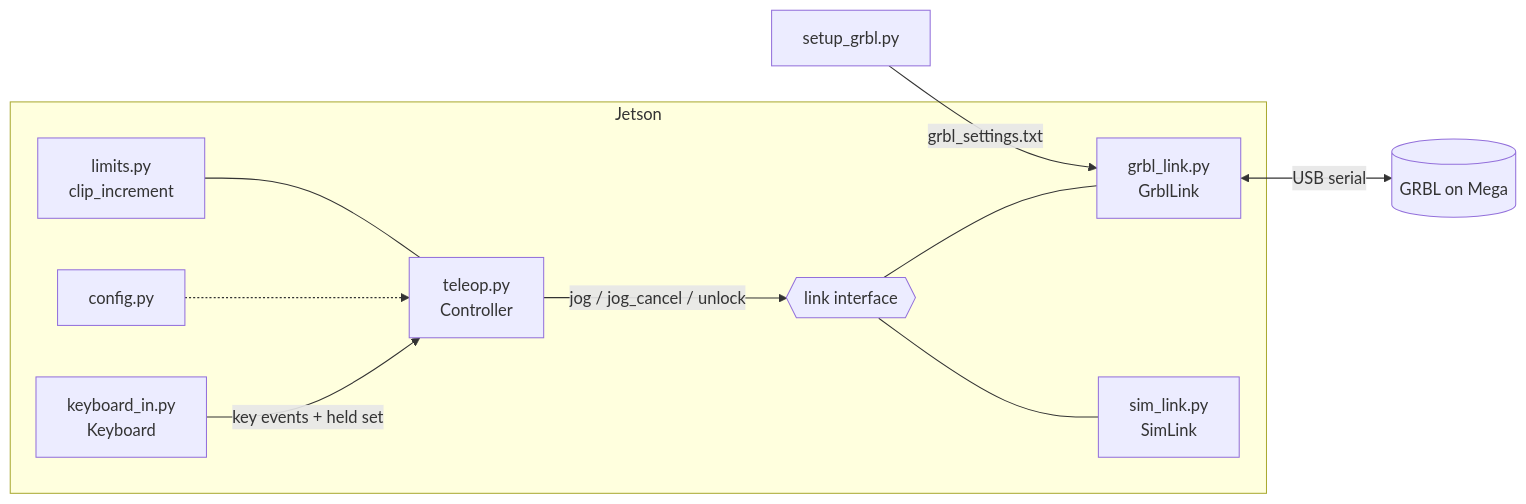
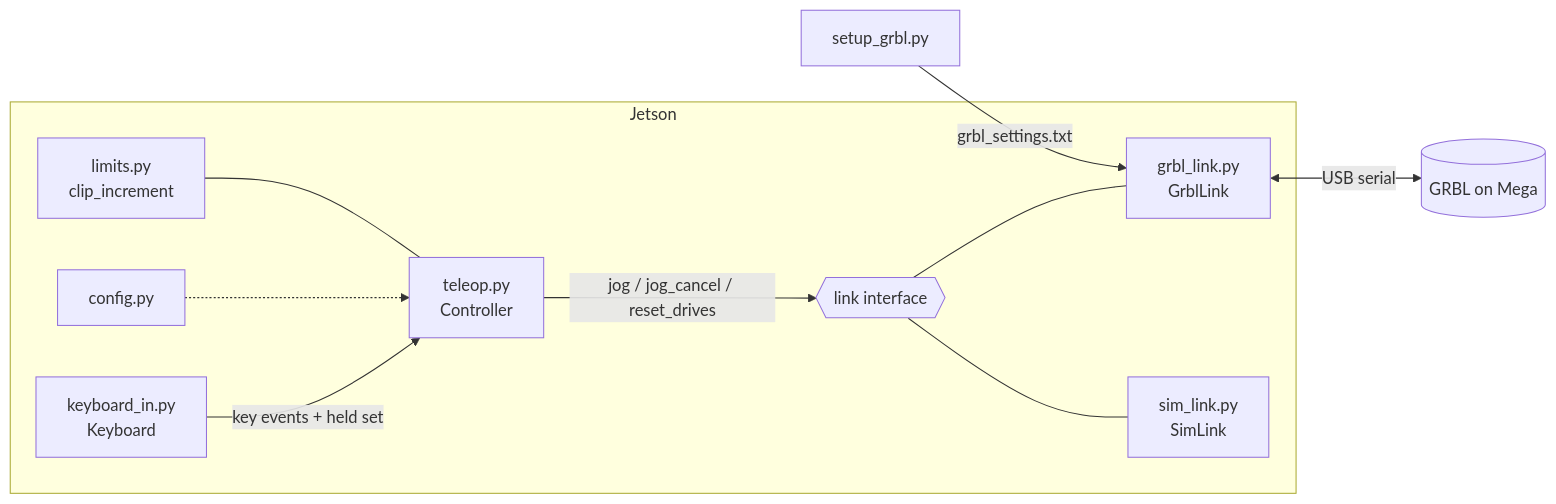
One commit to Amitaansh/arm-teleop changed the second of 3 diagrams in README.md. Above: the diagram before and after it, drawn with Mermaid. The commit also changed other lines of this file and 6 other files, not shown here.

````diff
--- a/README.md
+++ b/README.md
@@ -117,13 +133,13 @@
 ```mermaid
 flowchart LR
     subgraph Jetson
         KBD[keyboard_in.py<br/>Keyboard] -->|key events + held set| CTL[teleop.py<br/>Controller]
         CFG[config.py] -.-> CTL
         LIM[limits.py<br/>clip_increment] --- CTL
-        CTL -->|jog / jog_cancel / unlock| LINK{{link interface}}
+        CTL -->|jog / jog_cancel / reset_drives| LINK{{link interface}}
         LINK --- GL[grbl_link.py<br/>GrblLink]
         LINK --- SL[sim_link.py<br/>SimLink]
     end
     GL <-->|USB serial| GRBL[(GRBL on Mega)]
     SETUP[setup_grbl.py] -->|grbl_settings.txt| GL
 ```
````
